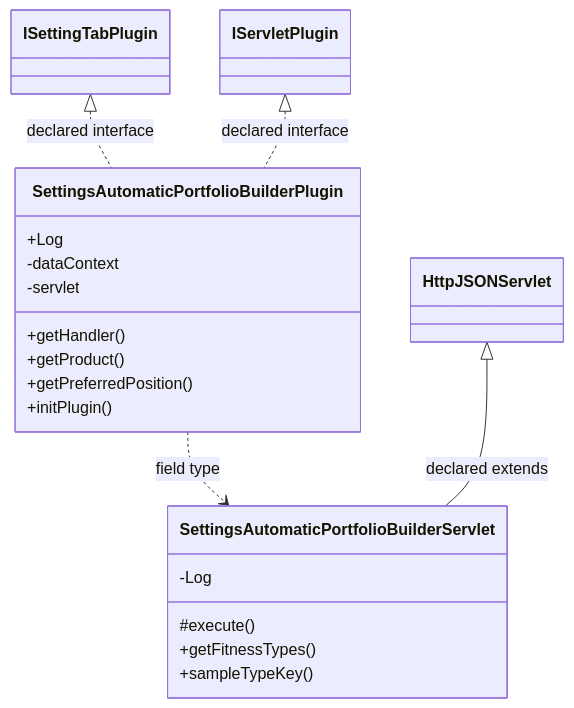
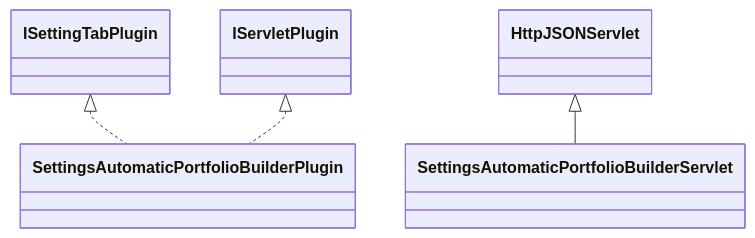
The diagram in docs/sqx/PortfolioMaster/SettingsAutomaticPortfolioBuilder.md (haruperi/HaruQuantAI), drawn with Mermaid before and after one commit. The commit also changed other lines of this file and 1688 other files, not shown here.

````diff
--- a/docs/sqx/PortfolioMaster/SettingsAutomaticPortfolioBuilder.md
+++ b/docs/sqx/PortfolioMaster/SettingsAutomaticPortfolioBuilder.md
@@ -30,25 +26,11 @@
 ```mermaid
 classDiagram
-    class C7bfe87da4dc8["SettingsAutomaticPortfolioBuilderPlugin"] {
-        +Log
-        -dataContext
-        -servlet
-        +getHandler()
-        +getProduct()
-        +getPreferredPosition()
-        +initPlugin()
-    }
-    class C63805f152015["SettingsAutomaticPortfolioBuilderServlet"] {
-        -Log
-        #execute()
-        +getFitnessTypes()
-        +sampleTypeKey()
-    }
-    class C249b5c671b1a["IServletPlugin"]
-    class C27734eb41505["ISettingTabPlugin"]
-    class C8900f90ae594["HttpJSONServlet"]
-    C27734eb41505 <|.. C7bfe87da4dc8 : declared interface
-    C249b5c671b1a <|.. C7bfe87da4dc8 : declared interface
-    C7bfe87da4dc8 ..> C63805f152015 : field type
-    C8900f90ae594 <|-- C63805f152015 : declared extends
+    class C0["SettingsAutomaticPortfolioBuilderPlugin"]
+    class C1["SettingsAutomaticPortfolioBuilderServlet"]
+    class E0["ISettingTabPlugin"]
+    E0 <|.. C0
+    class E1["IServletPlugin"]
+    E1 <|.. C0
+    class E2["HttpJSONServlet"]
+    E2 <|-- C1
 ```
````
